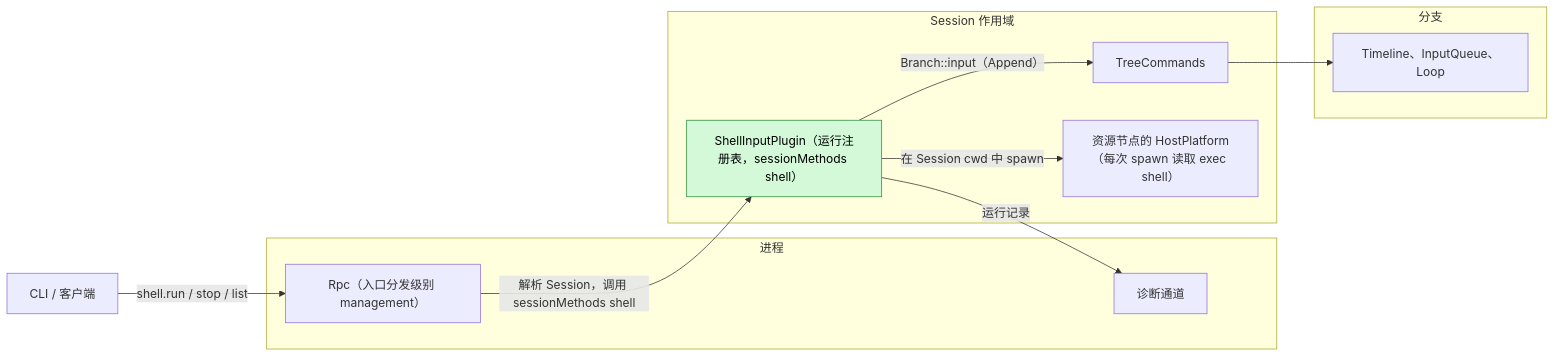
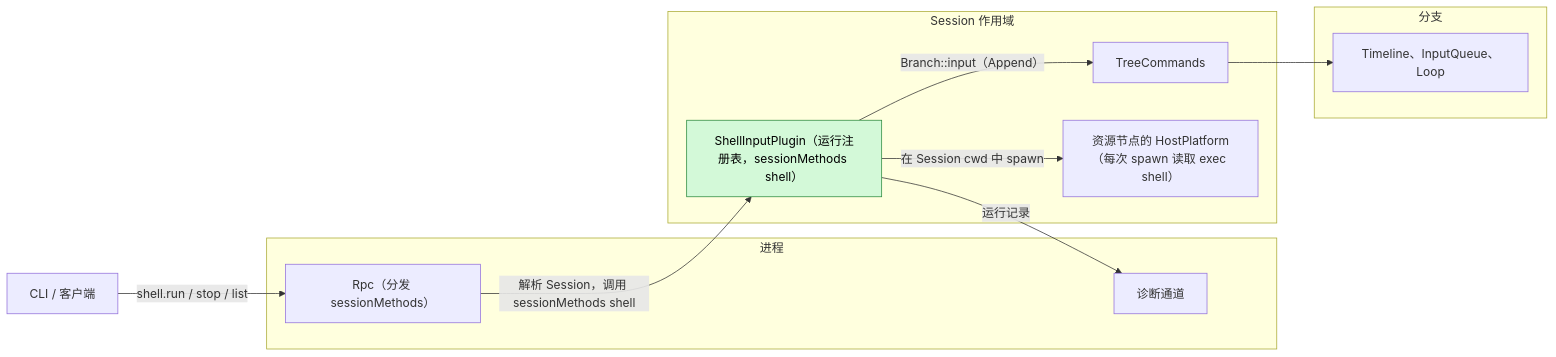
The first of 5 diagrams in docs/zh/design/plugins/ShellInput.md (CoutinhoTTS/dim-agent), drawn with Mermaid before and after one commit. The commit also changed other lines of this file and 42 other files, not shown here.

````diff
--- a/docs/zh/design/plugins/ShellInput.md
+++ b/docs/zh/design/plugins/ShellInput.md
@@ -9,23 +9,23 @@
 ```mermaid
 flowchart LR
   CLI["CLI / 客户端"]
   subgraph P["进程"]
-    RPC["Rpc（入口分发级别 management）"]
+    RPC["Rpc（分发 sessionMethods）"]
     DG["诊断通道"]
   end
   subgraph S["Session 作用域"]
     SI["ShellInputPlugin（运行注册表，sessionMethods shell）"]:::new
     TC["TreeCommands"]
     HP["资源节点的 HostPlatform（每次 spawn 读取 exec shell）"]
   end
   subgraph B["分支"]
     IQ["Timeline、InputQueue、Loop"]
   end
   CLI -- "shell.run / stop / list" --> RPC
   RPC -- "解析 Session，调用 sessionMethods shell" --> SI
   SI -- "在 Session cwd 中 spawn" --> HP
   SI -- "Branch::input（Append）" --> TC
   TC --> IQ
   SI -- "运行记录" --> DG
   classDef new fill:#d3f9d8,stroke:#2b8a3e,color:#000
 ```
````
